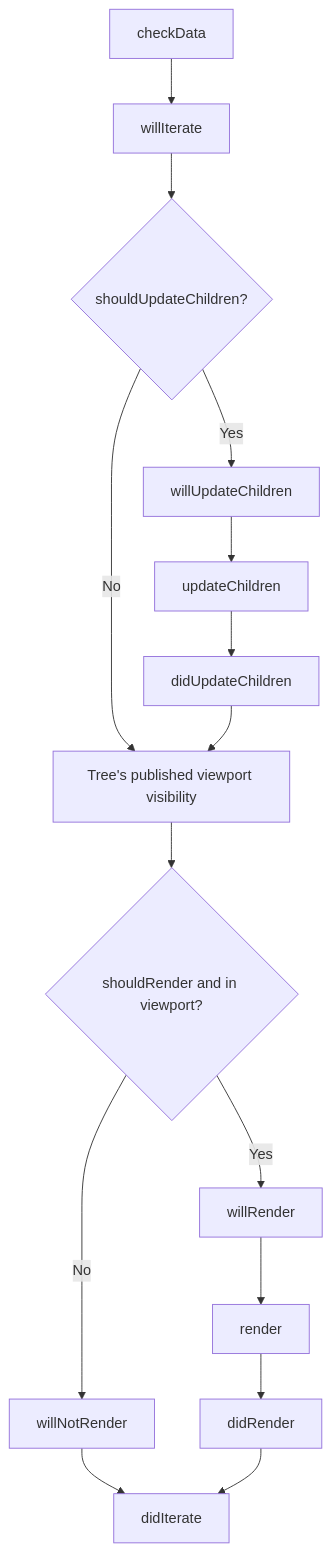
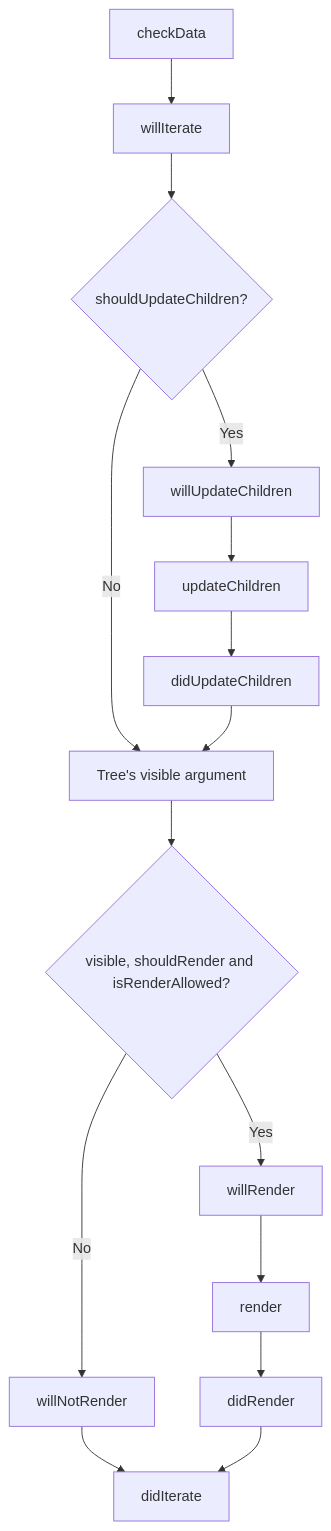
The second of 2 diagrams in packages/graph/docs/system/component-lifecycle.md (gravity-ui/graph), drawn with Mermaid before and after one commit. The commit also changed other lines of this file and 32 other files, not shown here.

````diff
--- a/packages/graph/docs/system/component-lifecycle.md
+++ b/packages/graph/docs/system/component-lifecycle.md
@@ -72,17 +72,17 @@
    ```mermaid
    flowchart TD
        A[checkData] --> B[willIterate]
        B --> H{shouldUpdateChildren?}
        H -->|Yes| I[willUpdateChildren]
        I --> J[updateChildren]
        J --> K[didUpdateChildren]
-       H -->|No| V[Tree's published viewport visibility]
+       H -->|No| V[Tree's visible argument]
        K --> V
-       V --> C{shouldRender and in viewport?}
+       V --> C{visible, shouldRender and isRenderAllowed?}
        C -->|Yes| D[willRender]
        D --> E[render]
        E --> F[didRender]
        C -->|No| G[willNotRender]
        G --> L[didIterate]
        F --> L
    ```
````
